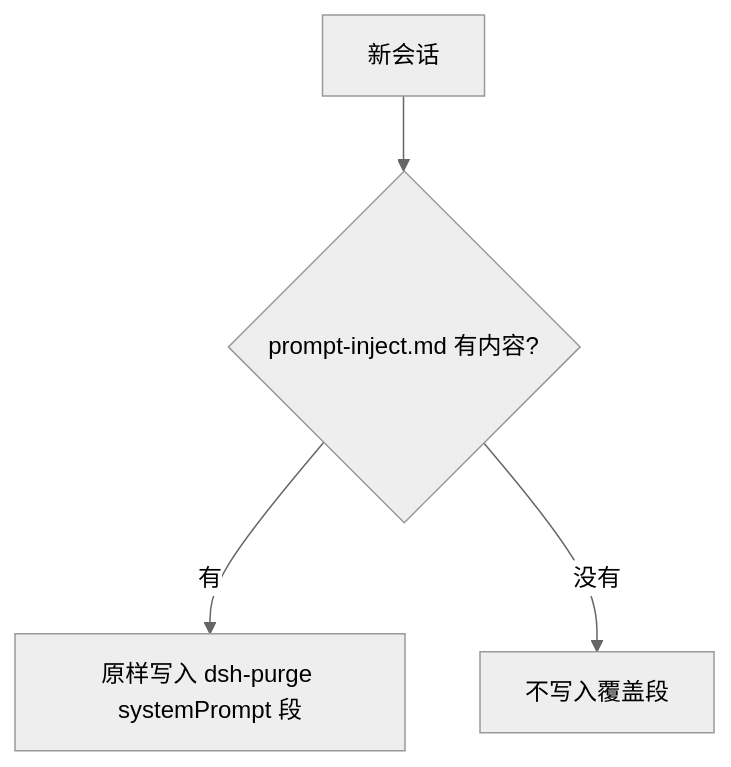
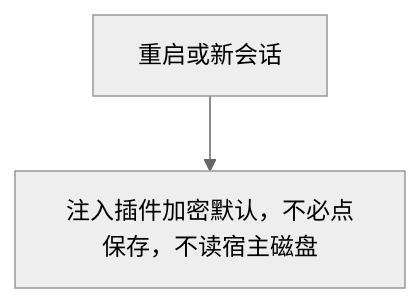
The second of 3 diagrams in README.zh-CN.md (89096000/dsh-purge), drawn with Mermaid (neutral theme) before and after one commit. The commit also changed other lines of this file and 24 other files, not shown here.

````diff
--- a/README.zh-CN.md
+++ b/README.zh-CN.md
@@ -705,6 +708,4 @@
 ```mermaid
 flowchart TD
-  A["新会话"] --> B{"prompt-inject.md 有内容?"}
-  B -->|有| C["原样写入 dsh-purge systemPrompt 段"]
-  B -->|没有| D["不写入覆盖段"]
+  A["重启或新会话"] --> B["注入插件加密默认，不必点保存，不读宿主磁盘"]
 ```
````
